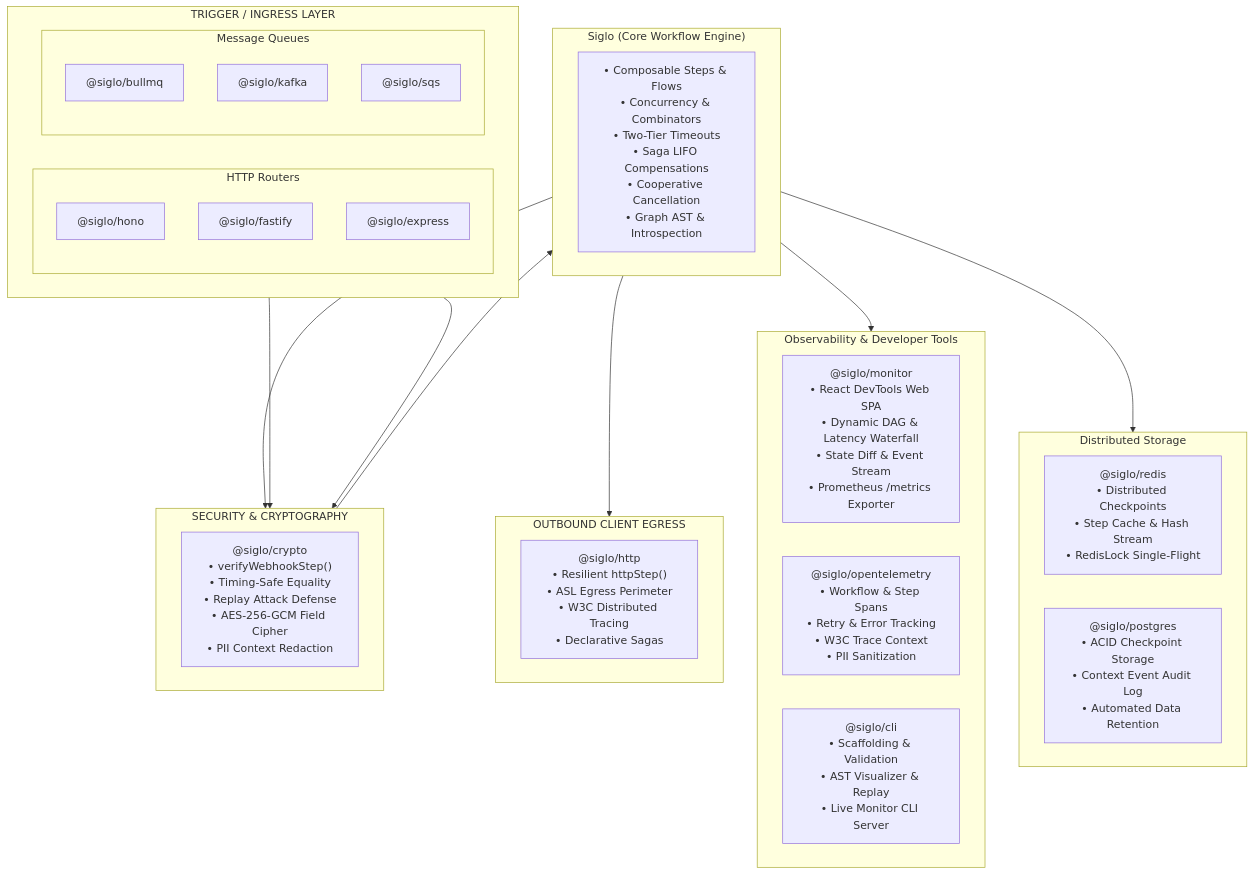
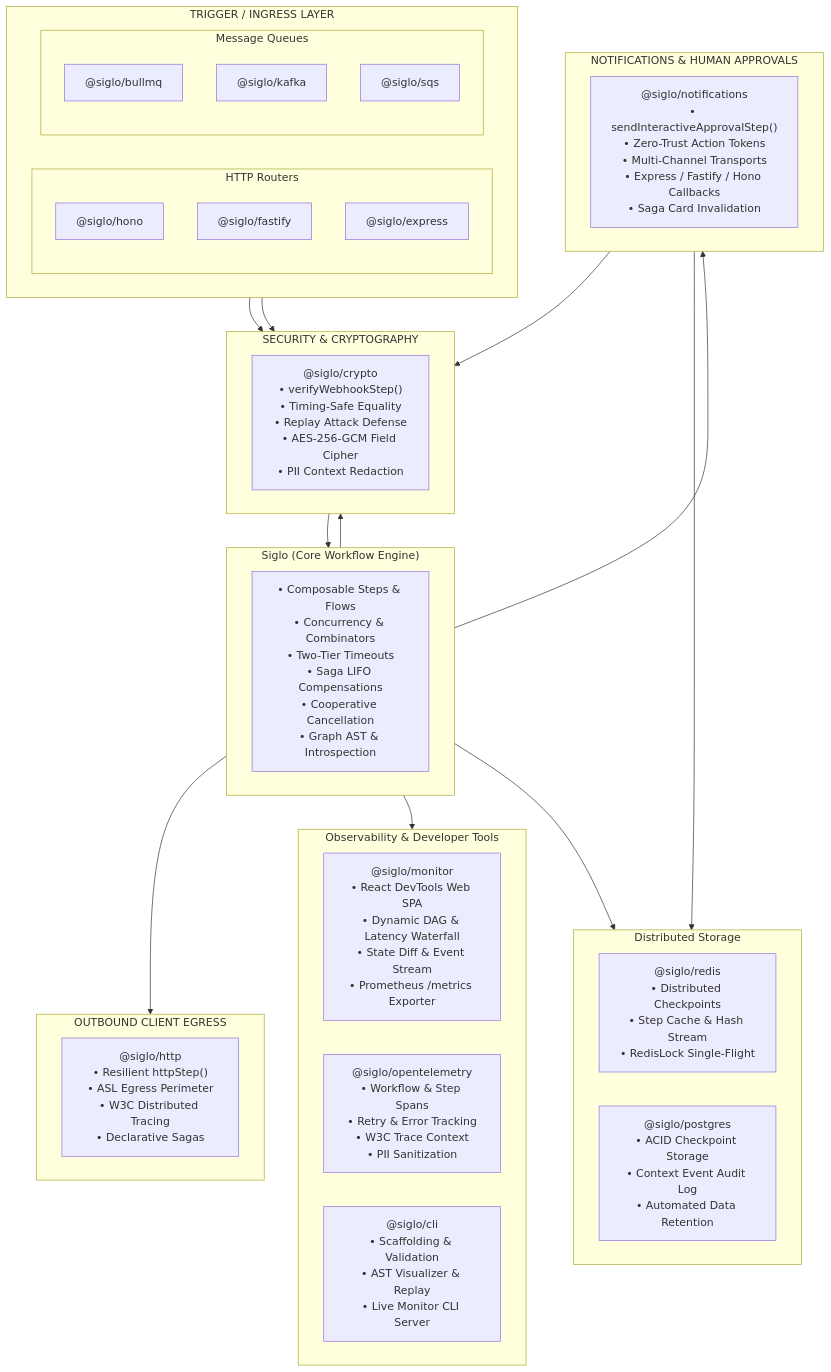
The diagram in docs/ecosystem-adapters.md (jsoftgem/siglo), drawn with Mermaid before and after one commit. The commit also changed other lines of this file and 49 other files, not shown here.

First line of the commit message:
feat(notifications): add secure approvals and durable recovery

````diff
--- a/docs/ecosystem-adapters.md
+++ b/docs/ecosystem-adapters.md
@@ -35,47 +36,54 @@
 ```mermaid
 flowchart TD
     subgraph INGRESS["TRIGGER / INGRESS LAYER"]
         direction LR
         subgraph HTTP["HTTP Routers"]
             Hono["@siglo/hono"]
             Fastify["@siglo/fastify"]
             Express["@siglo/express"]
         end
         subgraph QUEUES["Message Queues"]
             BullMQ["@siglo/bullmq"]
             Kafka["@siglo/kafka"]
             SQS["@siglo/sqs"]
         end
     end
 
     subgraph SECURITY["SECURITY & CRYPTOGRAPHY"]
         Crypto["@siglo/crypto<br/>• verifyWebhookStep()<br/>• Timing-Safe Equality<br/>• Replay Attack Defense<br/>• AES-256-GCM Field Cipher<br/>• PII Context Redaction"]
     end
 
     subgraph ENGINE["Siglo (Core Workflow Engine)"]
         Core["• Composable Steps & Flows<br/>• Concurrency & Combinators<br/>• Two-Tier Timeouts<br/>• Saga LIFO Compensations<br/>• Cooperative Cancellation<br/>• Graph AST & Introspection"]
     end
 
+    subgraph NOTIFICATIONS["NOTIFICATIONS & HUMAN APPROVALS"]
+        Notify["@siglo/notifications<br/>• sendInteractiveApprovalStep()<br/>• Zero-Trust Action Tokens<br/>• Multi-Channel Transports<br/>• Express / Fastify / Hono Callbacks<br/>• Saga Card Invalidation"]
+    end
+
     subgraph EGRESS["OUTBOUND CLIENT EGRESS"]
         HttpClient["@siglo/http<br/>• Resilient httpStep()<br/>• ASL Egress Perimeter<br/>• W3C Distributed Tracing<br/>• Declarative Sagas"]
     end
 
     subgraph OBS["Observability & Developer Tools"]
         Monitor["@siglo/monitor<br/>• React DevTools Web SPA<br/>• Dynamic DAG & Latency Waterfall<br/>• State Diff & Event Stream<br/>• Prometheus /metrics Exporter"]
         OTel["@siglo/opentelemetry<br/>• Workflow & Step Spans<br/>• Retry & Error Tracking<br/>• W3C Trace Context<br/>• PII Sanitization"]
         CLI["@siglo/cli<br/>• Scaffolding & Validation<br/>• AST Visualizer & Replay<br/>• Live Monitor CLI Server"]
     end
 
     subgraph STORAGE["Distributed Storage"]
         Redis["@siglo/redis<br/>• Distributed Checkpoints<br/>• Step Cache & Hash Stream<br/>• RedisLock Single-Flight"]
         Postgres["@siglo/postgres<br/>• ACID Checkpoint Storage<br/>• Context Event Audit Log<br/>• Automated Data Retention"]
     end
 
     HTTP --> SECURITY
     QUEUES --> SECURITY
     SECURITY --> ENGINE
     ENGINE --> SECURITY
+    ENGINE --> NOTIFICATIONS
+    NOTIFICATIONS --> SECURITY
+    NOTIFICATIONS --> STORAGE
     ENGINE --> EGRESS
     ENGINE --> OBS
     ENGINE --> STORAGE
 ```
````
